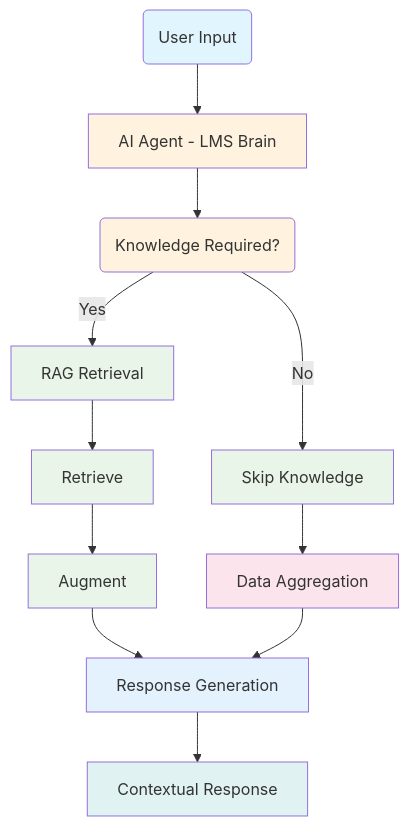
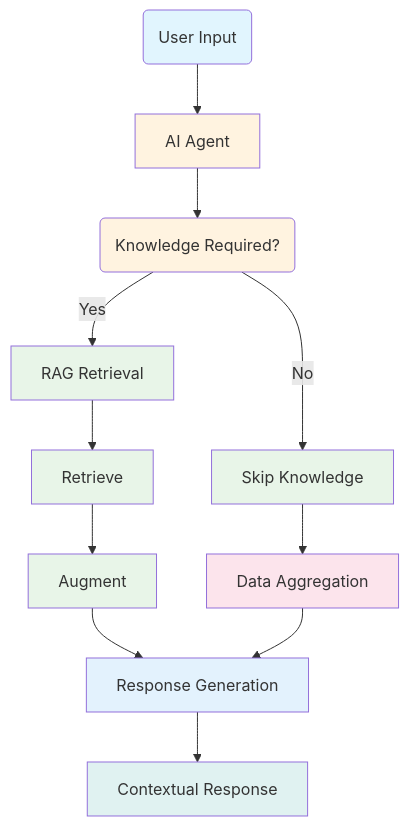
The third of 3 diagrams in platform-fundamentals/how-tars-works.mdx (VENUCODE/docs), drawn with Mermaid before and after one commit. The commit also changed other lines of this file and 22 other files, not shown here.

````diff
--- a/platform-fundamentals/how-tars-works.mdx
+++ b/platform-fundamentals/how-tars-works.mdx
@@ -133,29 +133,29 @@
 ```mermaid
 flowchart TD
-    A(User Input) --> B[AI Agent - LMS Brain]
+    A(User Input) --> B[AI Agent]
     
     B --> C(Knowledge Required?)
     
     C -->|Yes| D[RAG Retrieval]
     C -->|No| E[Skip Knowledge]
     
     D --> F[Retrieve]
     F --> G[Augment]
     G --> K[Response Generation]
     K --> I[Contextual Response]
     
     E --> J[Data Aggregation]
     J --> K[Response Generation]
   
     
     style A fill:#e1f5fe
     style B fill:#fff3e0
     style C fill:#fff3e0
     style D fill:#e8f5e8
     style E fill:#e8f5e8
     style F fill:#e8f5e8
     style G fill:#e8f5e8
     style I fill:#e0f2f1
     style J fill:#fce4ec
     style K fill:#e3f2fd
 ```
````
